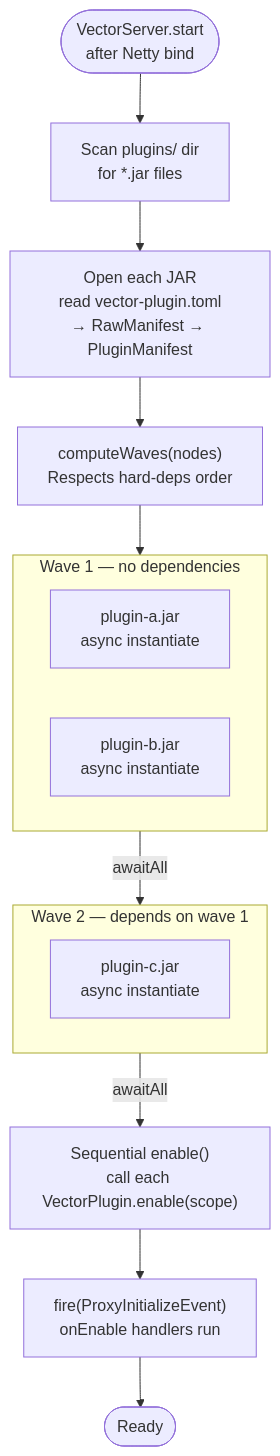
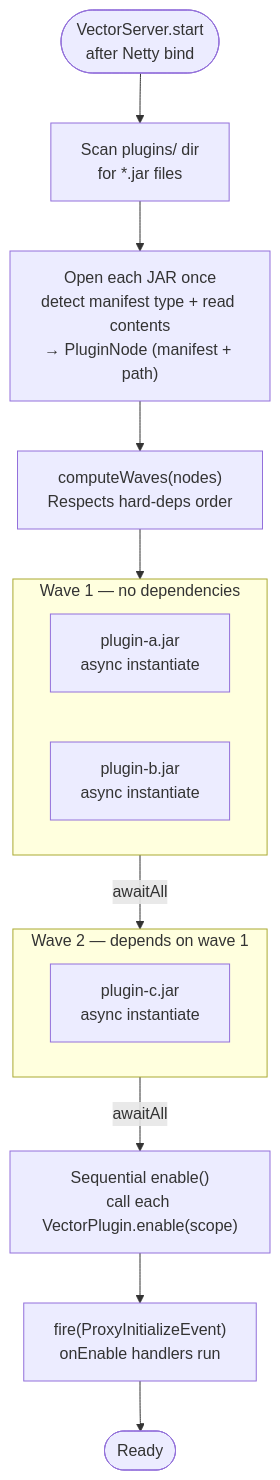
One commit to Earth1283/Vector changed the first of 3 diagrams in docs/architecture/plugin-loader.rst. Above: the diagram before and after it, drawn with Mermaid. The commit also changed 19 other files, not shown here.

```diff
--- a/docs/architecture/plugin-loader.rst
+++ b/docs/architecture/plugin-loader.rst
@@ -10,26 +10,26 @@
 .. mermaid::
 
    flowchart TD
        Start([VectorServer.start\nafter Netty bind])
        Scan["Scan plugins/ dir\nfor *.jar files"]
-       Manifest["Open each JAR\nread vector-plugin.toml\n→ RawManifest → PluginManifest"]
+       Manifest["Open each JAR once\ndetect manifest type + read contents\n→ PluginNode (manifest + path)"]
        Wave["computeWaves(nodes)\nRespects hard-deps order"]
 
        subgraph Wave1["Wave 1 — no dependencies"]
            W1A["plugin-a.jar\nasync instantiate"]
            W1B["plugin-b.jar\nasync instantiate"]
        end
 
        subgraph Wave2["Wave 2 — depends on wave 1"]
            W2A["plugin-c.jar\nasync instantiate"]
        end
 
        Enable["Sequential enable()\ncall each VectorPlugin.enable(scope)"]
        Fire["fire(ProxyInitializeEvent)\nonEnable handlers run"]
        Done([Ready])
 
        Start --> Scan --> Manifest --> Wave
        Wave --> Wave1
        Wave1 -->|awaitAll| Wave2
        Wave2 -->|awaitAll| Enable
        Enable --> Fire --> Done
```
